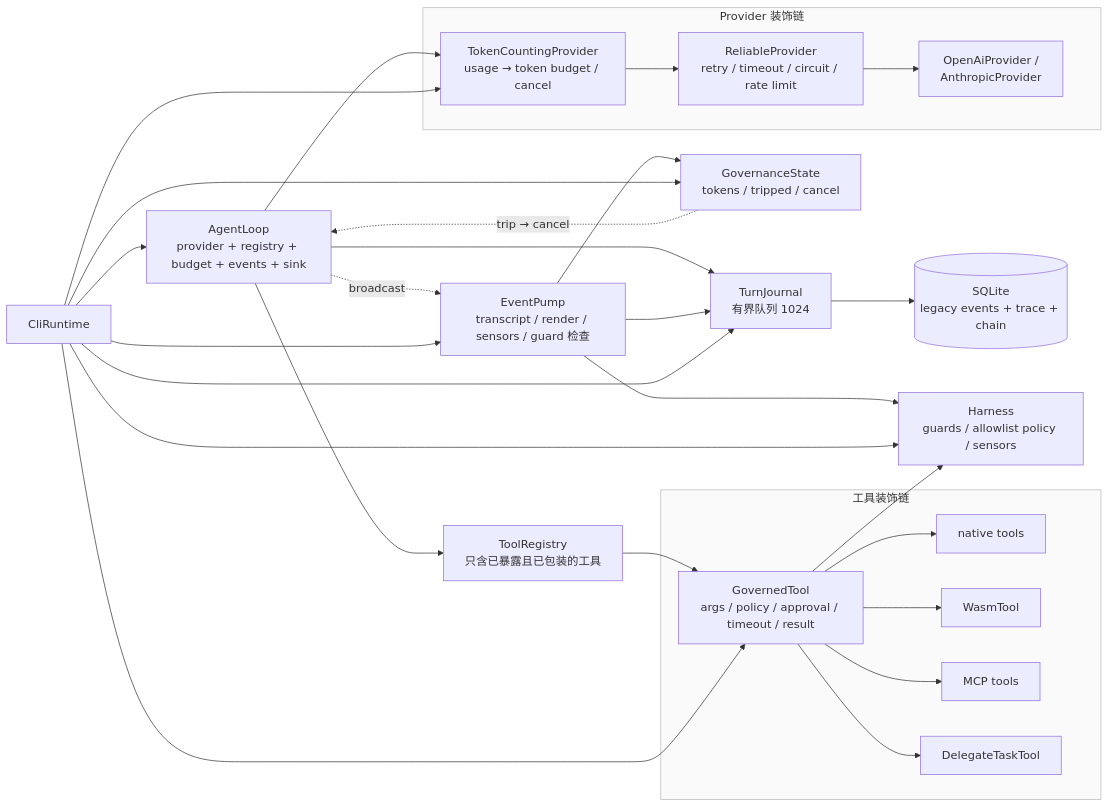
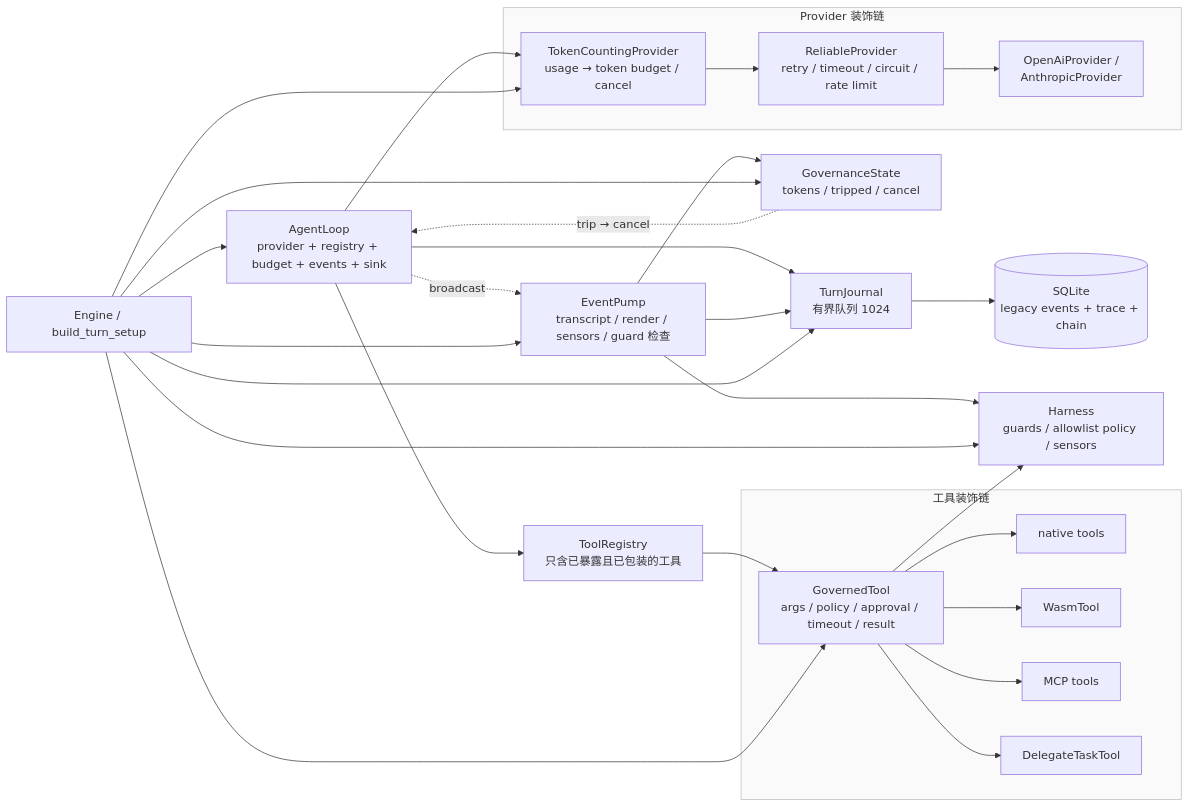
Before and after one commit to victorllm/jessica: the second of 3 diagrams in Arch.md, drawn with Mermaid. The commit also changed other lines of this file and 7 other files, not shown here.

````diff
--- a/Arch.md
+++ b/Arch.md
@@ -412,52 +426,52 @@
 ```mermaid
 graph LR
     subgraph ProviderChain[Provider 装饰链]
         BASE["OpenAiProvider /<br/>AnthropicProvider"]
         REL["ReliableProvider<br/>retry / timeout / circuit / rate limit"]
         TCP["TokenCountingProvider<br/>usage → token budget / cancel"]
         TCP --> REL --> BASE
     end
 
     subgraph ToolChain[工具装饰链]
         NATIVE["native tools"]
         WASM["WasmTool"]
         MCP["MCP tools"]
         DEL["DelegateTaskTool"]
         GOV["GovernedTool<br/>args / policy / approval / timeout / result"]
         GOV --> NATIVE
         GOV --> WASM
         GOV --> MCP
         GOV --> DEL
     end
 
     LOOP["AgentLoop<br/>provider + registry + budget + events + sink"]
     REG["ToolRegistry<br/>只含已暴露且已包装的工具"]
     J["TurnJournal<br/>有界队列 1024"]
     DB[("SQLite<br/>legacy events + trace + chain")]
     PUMP["EventPump<br/>transcript / render / sensors / guard 检查"]
     H["Harness<br/>guards / allowlist policy / sensors"]
     GS["GovernanceState<br/>tokens / tripped / cancel"]
 
     LOOP --> TCP
     LOOP --> REG
     REG --> GOV
     LOOP --> J
     J --> DB
     GOV --> H
     PUMP --> H
     PUMP --> GS
     PUMP --> J
     LOOP -.->|"broadcast"| PUMP
     GS -.->|"trip → cancel"| LOOP
 
-    CLI["CliRuntime"] --> LOOP
-    CLI --> PUMP
-    CLI --> J
-    CLI --> TCP
-    CLI --> GOV
-    CLI --> H
-    CLI --> GS
+    ENG["Engine / build_turn_setup"] --> LOOP
+    ENG --> PUMP
+    ENG --> J
+    ENG --> TCP
+    ENG --> GOV
+    ENG --> H
+    ENG --> GS
 
     style ProviderChain fill:#fafafa,stroke:#bbb
     style ToolChain fill:#fafafa,stroke:#bbb
 ```
````
